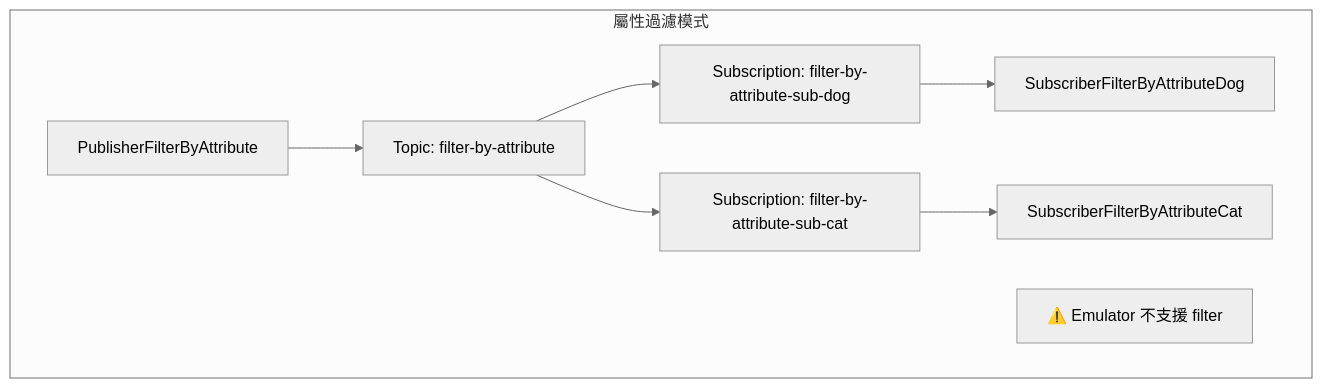
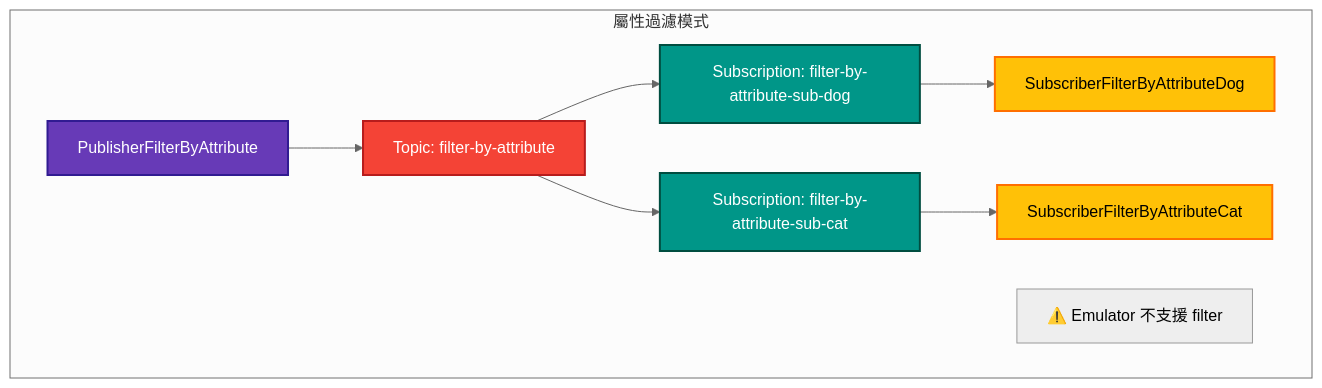
The third of 6 diagrams in REAME.md (KubingYayanu/Gcp-emulators.Poc), drawn with Mermaid (neutral theme) before and after one commit. The commit also changed other lines of this file, not shown here.

Commit message:
docs: 調整 README 的 mermaid 圖表色碼

````diff
--- a/REAME.md
+++ b/REAME.md
@@ -112,18 +112,18 @@
 ```mermaid
 graph TD
     subgraph "屬性過濾模式"
         P3[PublisherFilterByAttribute] --> T3[Topic: filter-by-attribute]
         T3 --> S3[Subscription: filter-by-attribute-sub-dog]
         T3 --> S4[Subscription: filter-by-attribute-sub-cat]
         S3 --> C4[SubscriberFilterByAttributeDog]
         S4 --> C5[SubscriberFilterByAttributeCat]
         note3["⚠️ Emulator 不支援 filter"]
     end
 
-    %% style P3 fill:#e1f5fe
-    %% style T3 fill:#f3e5f5
-    %% style S3 fill:#e8f5e8
-    %% style S4 fill:#e8f5e8
-    %% style C4 fill:#fff3e0
-    %% style C5 fill:#fff3e0
+    style P3 fill:#673ab7,stroke:#311b92,stroke-width:2px,color:#fff
+    style T3 fill:#f44336,stroke:#b71c1c,stroke-width:2px,color:#fff
+    style S3 fill:#009688,stroke:#004d40,stroke-width:2px,color:#fff
+    style S4 fill:#009688,stroke:#004d40,stroke-width:2px,color:#fff
+    style C4 fill:#ffc107,stroke:#ff6f00,stroke-width:2px,color:#000
+    style C5 fill:#ffc107,stroke:#ff6f00,stroke-width:2px,color:#000
 ```
````
